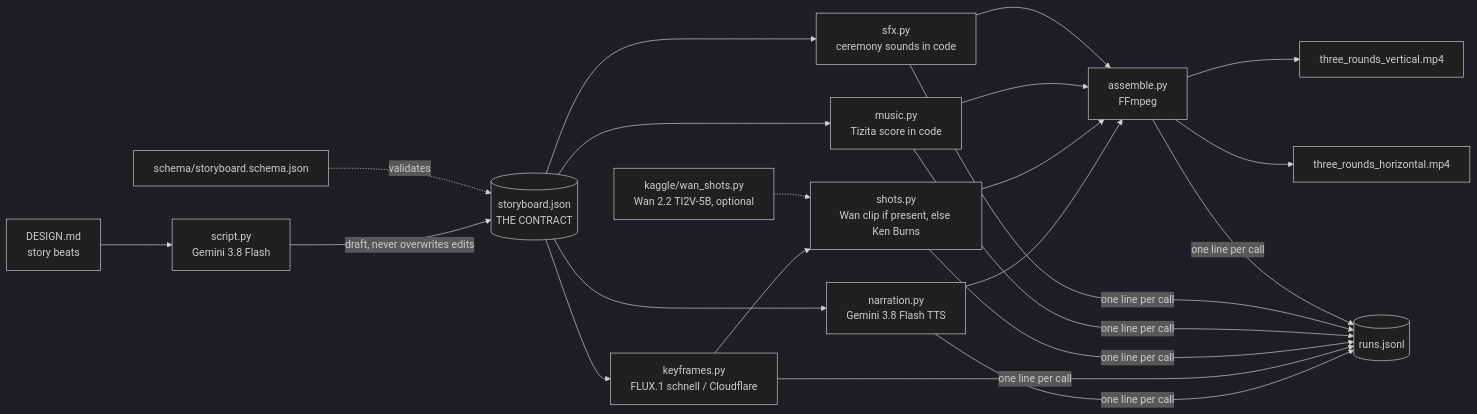
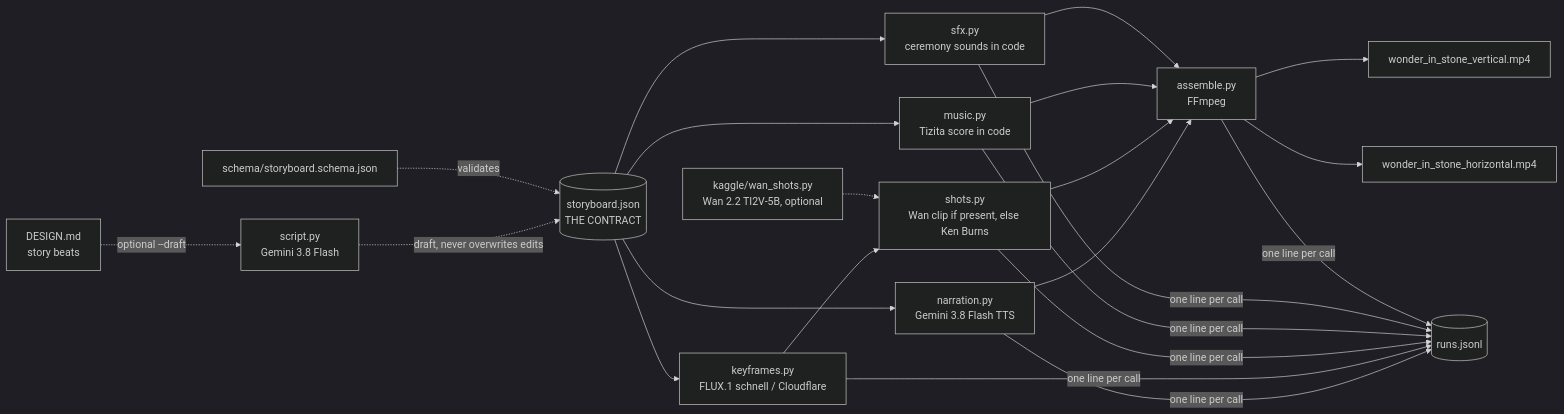
The diagram in ARCHITECTURE.md (dn-eyob/AI-Generation), drawn with Mermaid (dark theme) before and after one commit. The commit also changed other lines of this file and 100 other files, not shown here.

````diff
--- a/ARCHITECTURE.md
+++ b/ARCHITECTURE.md
@@ -7,19 +7,19 @@
 ```mermaid
 flowchart LR
-    D[DESIGN.md<br/>story beats] --> S1[script.py<br/>Gemini 3.8 Flash]
-    S1 -->|draft, never overwrites edits| SB[(storyboard.json<br/>THE CONTRACT)]
+    D[DESIGN.md<br/>story beats] -.->|optional --draft| S1[script.py<br/>Gemini 3.8 Flash]
+    S1 -.->|draft, never overwrites edits| SB[(storyboard.json<br/>THE CONTRACT)]
     SC[schema/storyboard.schema.json] -. validates .-> SB
     SB --> N[narration.py<br/>Gemini 3.8 Flash TTS]
     SB --> K[keyframes.py<br/>FLUX.1 schnell / Cloudflare]
     K --> SH[shots.py<br/>Wan clip if present, else Ken Burns]
     W[kaggle/wan_shots.py<br/>Wan 2.2 TI2V-5B, optional] -.-> SH
     SB --> M[music.py<br/>Tizita score in code]
     SB --> FX[sfx.py<br/>ceremony sounds in code]
     N --> A[assemble.py<br/>FFmpeg]
     SH --> A
     M --> A
     FX --> A
-    A --> V[three_rounds_vertical.mp4]
-    A --> H[three_rounds_horizontal.mp4]
+    A --> V[wonder_in_stone_vertical.mp4]
+    A --> H[wonder_in_stone_horizontal.mp4]
     N & K & SH & M & FX & A -->|one line per call| L[(runs.jsonl)]
 ```
````
